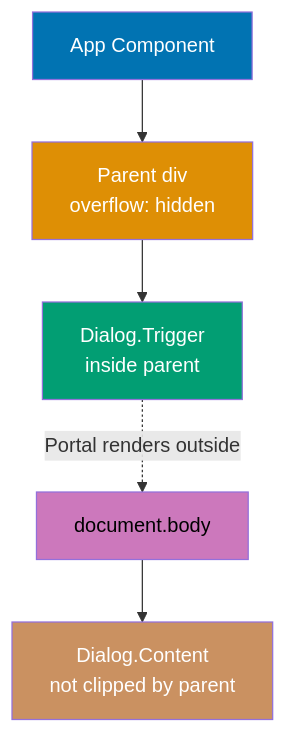
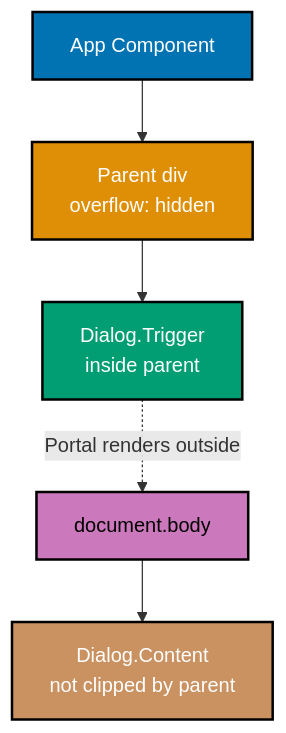
One commit to wahidyankf/open-sharia-enterprise changed the first of 3 diagrams in apps/ayokoding-web/content/en/learn/software-engineering/platform-web/tools/fe-radix-ui/by-example/intermediate.md. Above: the diagram before and after it, drawn with Mermaid. The commit also changed other lines of this file and 13 other files, not shown here.

````diff
--- a/apps/ayokoding-web/content/en/learn/software-engineering/platform-web/tools/fe-radix-ui/by-example/intermediate.md
+++ b/apps/ayokoding-web/content/en/learn/software-engineering/platform-web/tools/fe-radix-ui/by-example/intermediate.md
@@ -18,14 +18,14 @@
 ```mermaid
 %% Color Palette: Blue #0173B2, Orange #DE8F05, Teal #029E73, Purple #CC78BC, Brown #CA9161
 graph TD
     App["App Component"] --> Parent["Parent div<br/>overflow: hidden"]
     Parent --> Trigger["Dialog.Trigger<br/>inside parent"]
     Trigger -.->|"Portal renders outside"| Body["document.body"]
     Body --> Content["Dialog.Content<br/>not clipped by parent"]
 
-    style App fill:#0173B2,color:#fff
-    style Parent fill:#DE8F05,color:#fff
-    style Trigger fill:#029E73,color:#fff
-    style Body fill:#CC78BC,color:#000
-    style Content fill:#CA9161,color:#fff
+    style App fill:#0173B2,stroke:#000000,stroke-width:2px,color:#fff
+    style Parent fill:#DE8F05,stroke:#000000,stroke-width:2px,color:#fff
+    style Trigger fill:#029E73,stroke:#000000,stroke-width:2px,color:#fff
+    style Body fill:#CC78BC,stroke:#000000,stroke-width:2px,color:#000
+    style Content fill:#CA9161,stroke:#000000,stroke-width:2px,color:#fff
 ```
````
